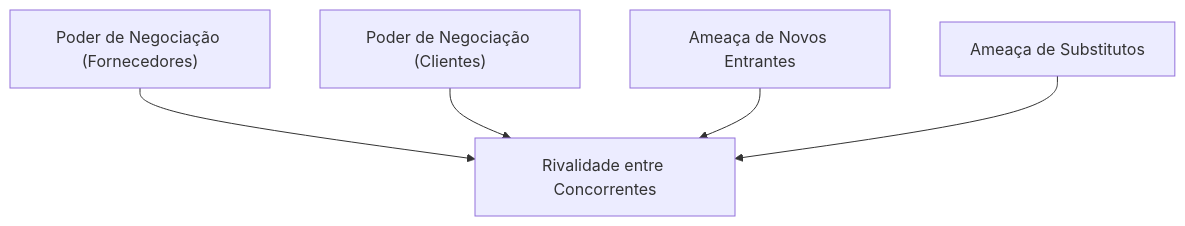
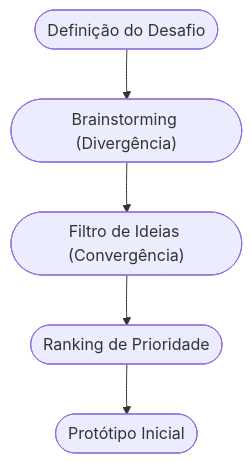
The diagram in docs/slides/src/slide-05.md (ricardotecpro/adm_gestao_dmn), drawn with Mermaid before and after one commit. The commit also changed other lines of this file and 171 other files, not shown here.

````diff
--- a/docs/slides/src/slide-05.md
+++ b/docs/slides/src/slide-05.md
@@ -47,12 +66,7 @@
 ```mermaid
 graph TD
-    A["Rivalidade entre Concorrentes"]
-    B["Poder de Negociação (Fornecedores)"]
-    C["Poder de Negociação (Clientes)"]
-    D["Ameaça de Novos Entrantes"]
-    E["Ameaça de Substitutos"]
-    B --> A
-    C --> A
-    D --> A
-    E --> A
+    A(["Definição do Desafio"]) --> B(["Brainstorming (Divergência)"])
+    B --> C(["Filtro de Ideias (Convergência)"])
+    C --> D(["Ranking de Prioridade"])
+    D --> E(["Protótipo Inicial"])
 ```
````
